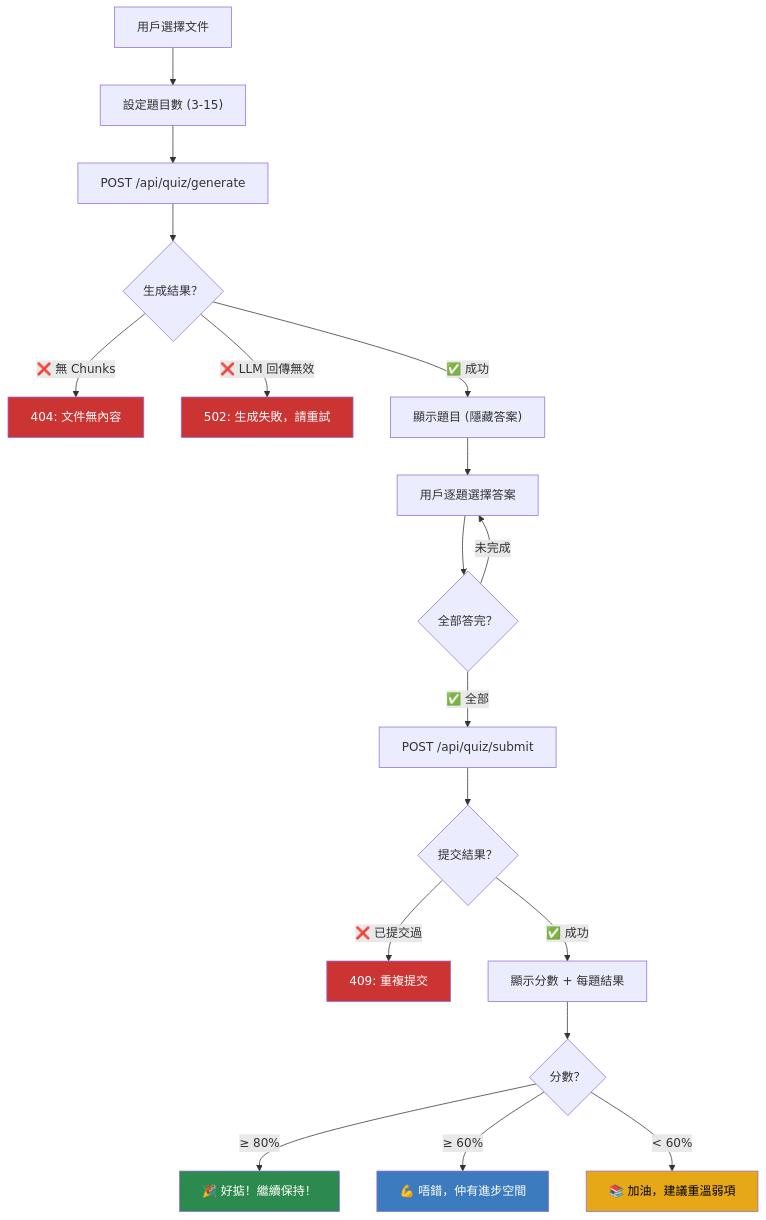
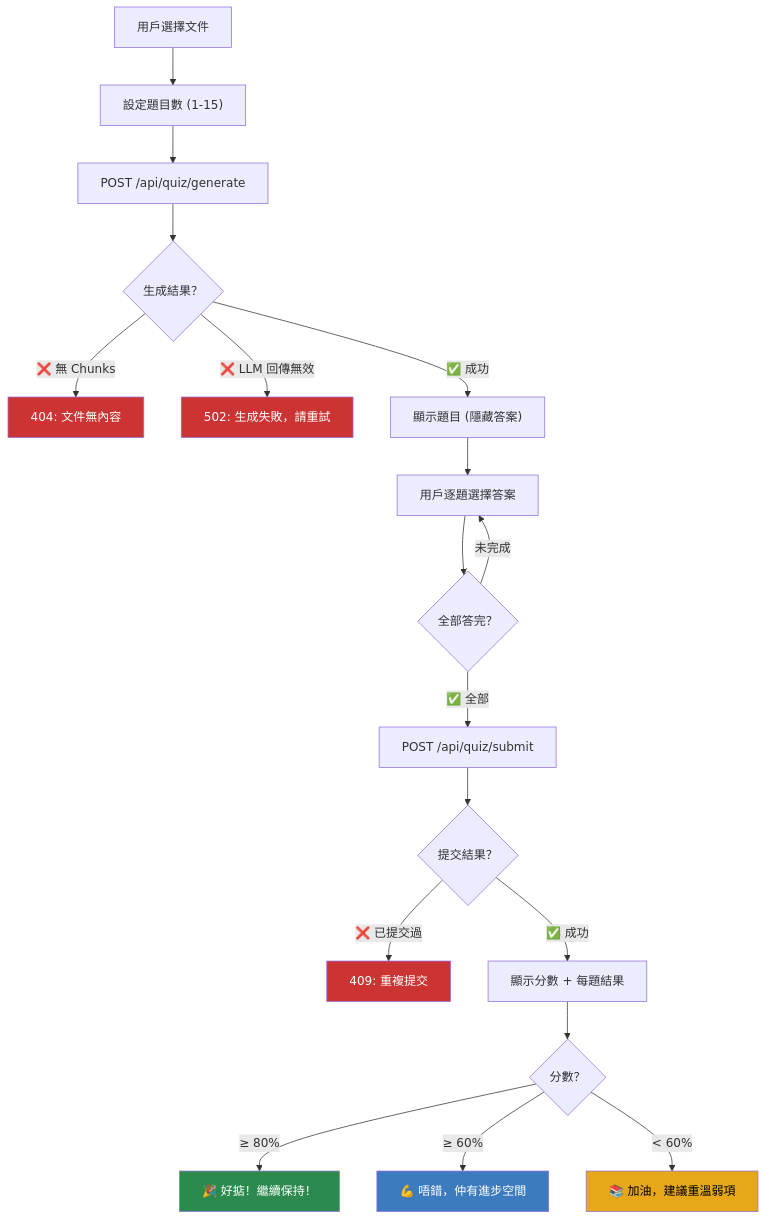
The fourth of 7 diagrams in docs/UI_FLOW_DIAGRAM.md (johnmak101-ops/RevisionApp), drawn with Mermaid before and after one commit. The commit also changed other lines of this file and 23 other files, not shown here.

````diff
--- a/docs/UI_FLOW_DIAGRAM.md
+++ b/docs/UI_FLOW_DIAGRAM.md
@@ -83,31 +83,31 @@
 ```mermaid
 flowchart TD
-    A["用戶選擇文件"] --> B["設定題目數 (3-15)"]
+    A["用戶選擇文件"] --> B["設定題目數 (1-15)"]
     B --> C["POST /api/quiz/generate"]
     
     C --> D{"生成結果？"}
     D -->|"❌ 無 Chunks"| ERR1["404: 文件無內容"]
     D -->|"❌ LLM 回傳無效"| ERR2["502: 生成失敗，請重試"]
     D -->|"✅ 成功"| E["顯示題目 (隱藏答案)"]
     
     E --> F["用戶逐題選擇答案"]
     F --> G{"全部答完？"}
     G -->|"未完成"| F
     G -->|"✅ 全部"| H["POST /api/quiz/submit"]
     
     H --> I{"提交結果？"}
     I -->|"❌ 已提交過"| ERR3["409: 重複提交"]
     I -->|"✅ 成功"| J["顯示分數 + 每題結果"]
     
     J --> K{"分數？"}
     K -->|"≥ 80%"| L["🎉 好掂！繼續保持！"]
     K -->|"≥ 60%"| M["💪 唔錯，仲有進步空間"]
     K -->|"< 60%"| N["📚 加油，建議重溫弱項"]
     
     style ERR1 fill:#cc3333,color:#fff
     style ERR2 fill:#cc3333,color:#fff
     style ERR3 fill:#cc3333,color:#fff
     style L fill:#2d8a4e,color:#fff
     style M fill:#3d7bbf,color:#fff
     style N fill:#e6a817,color:#000
 ```
````
